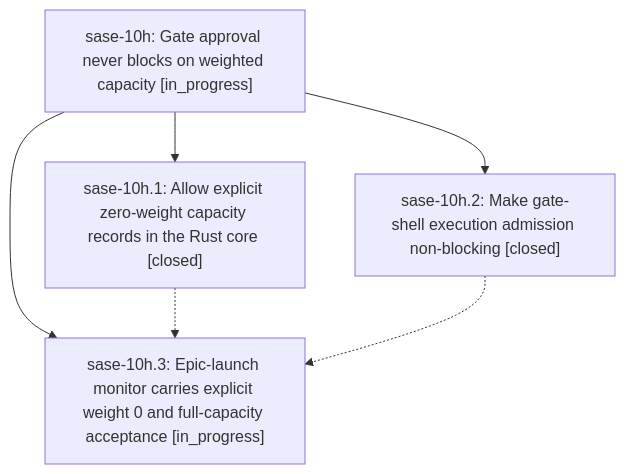
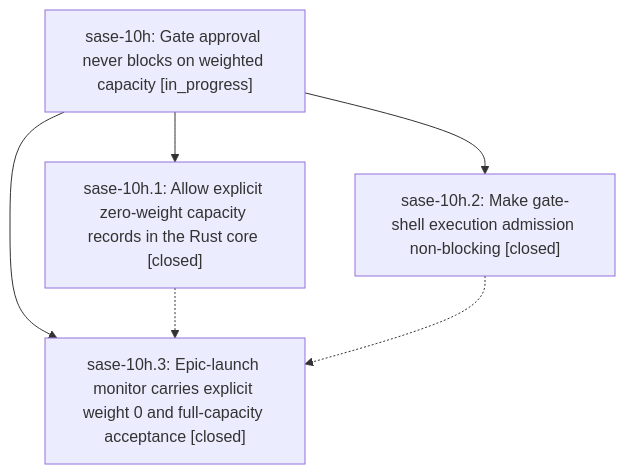
Before and after one commit to sase-org/sase--beads: the diagram in pages/sase-10h/README.md, drawn with Mermaid. The commit also changed other lines of this file and 3 other files, not shown here.

````diff
--- a/pages/sase-10h/README.md
+++ b/pages/sase-10h/README.md
@@ -24,12 +28,12 @@
 ```mermaid
 flowchart TD
     n0["sase-10h: Gate approval never blocks on weighted capacity [in_progress]"]
     n1["sase-10h.1: Allow explicit zero-weight capacity records in the Rust core [closed]"]
     n2["sase-10h.2: Make gate-shell execution admission non-blocking [closed]"]
-    n3["sase-10h.3: Epic-launch monitor carries explicit weight 0 and full-capacity acceptance [in_progress]"]
+    n3["sase-10h.3: Epic-launch monitor carries explicit weight 0 and full-capacity acceptance [closed]"]
     n0 --> n1
     n0 --> n2
     n0 --> n3
     n1 -.-> n3
     n2 -.-> n3
 ```
````
